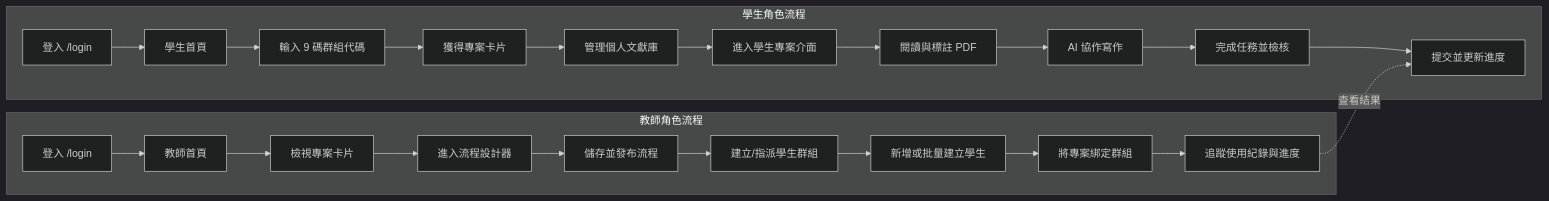
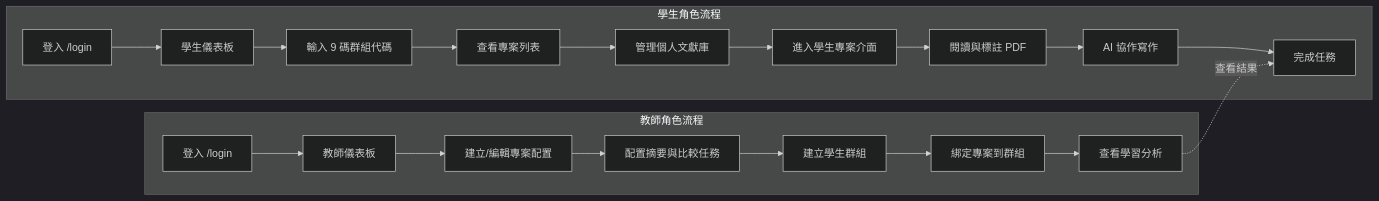
The second of 4 diagrams in docs/SITE_MAP.md (Bighsueh/thesisflow), drawn with Mermaid (dark theme) before and after one commit. The commit also changed other lines of this file and 11 other files, not shown here.

````diff
--- a/docs/SITE_MAP.md
+++ b/docs/SITE_MAP.md
@@ -103,27 +80,24 @@
 ```mermaid
 flowchart LR
-    subgraph 教師角色流程
-        T1[登入 /login] --> T2[教師首頁]
-        T2 --> T3[檢視專案卡片]
-        T3 --> T4[進入流程設計器]
-        T4 --> T5[儲存並發布流程]
-        T5 --> T6[建立/指派學生群組]
-        T6 --> T7[新增或批量建立學生]
-        T7 --> T8[將專案綁定群組]
-        T8 --> T9[追蹤使用紀錄與進度]
+    subgraph TeacherFlow[教師角色流程]
+        T1[登入 /login] --> T2[教師儀表板]
+        T2 --> T3[建立/編輯專案配置]
+        T3 --> T4[配置摘要與比較任務]
+        T4 --> T5[建立學生群組]
+        T5 --> T6[綁定專案到群組]
+        T6 --> T7[查看學習分析]
     end
 
-    subgraph 學生角色流程
-        S1[登入 /login] --> S2[學生首頁]
+    subgraph StudentFlow[學生角色流程]
+        S1[登入 /login] --> S2[學生儀表板]
         S2 --> S3[輸入 9 碼群組代碼]
-        S3 --> S4[獲得專案卡片]
+        S3 --> S4[查看專案列表]
         S4 --> S5[管理個人文獻庫]
         S5 --> S6[進入學生專案介面]
         S6 --> S7[閱讀與標註 PDF]
         S7 --> S8[AI 協作寫作]
-        S8 --> S9[完成任務並檢核]
-        S9 --> S10[提交並更新進度]
+        S8 --> S9[完成任務]
     end
 
-    T9 -.->|查看結果| S10
+    T7 -.->|查看結果| S9
 ```
````
